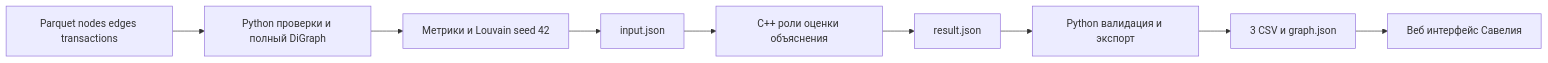
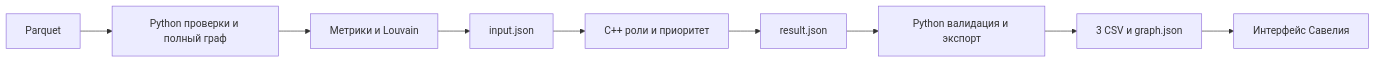
Before and after one commit to BAITC-Hacks/hack-5886f2d6-talents: the diagram in README.md, drawn with Mermaid. The commit also changed other lines of this file and 15 other files, not shown here.

````diff
--- a/README.md
+++ b/README.md
@@ -121,11 +98,11 @@
 ```mermaid
 flowchart LR
-    A[Parquet nodes edges transactions] --> B[Python проверки и полный DiGraph]
-    B --> C[Метрики и Louvain seed 42]
+    A[Parquet] --> B[Python проверки и полный граф]
+    B --> C[Метрики и Louvain]
     C --> D[input.json]
-    D --> E[C++ роли оценки объяснения]
+    D --> E[C++ роли и приоритет]
     E --> F[result.json]
     F --> G[Python валидация и экспорт]
     G --> H[3 CSV и graph.json]
-    H --> I[Веб интерфейс Савелия]
+    H --> I[Интерфейс Савелия]
 ```
````
